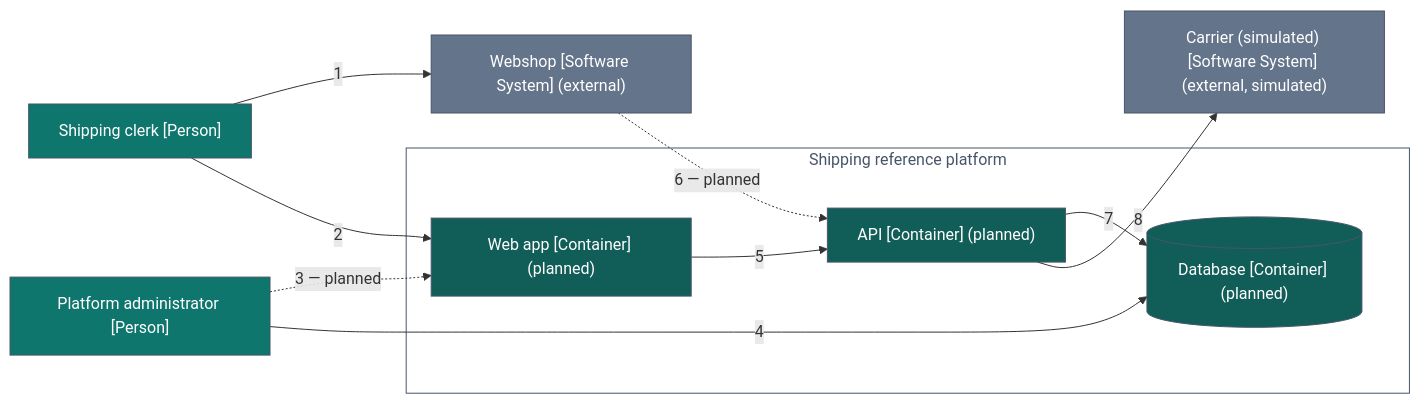
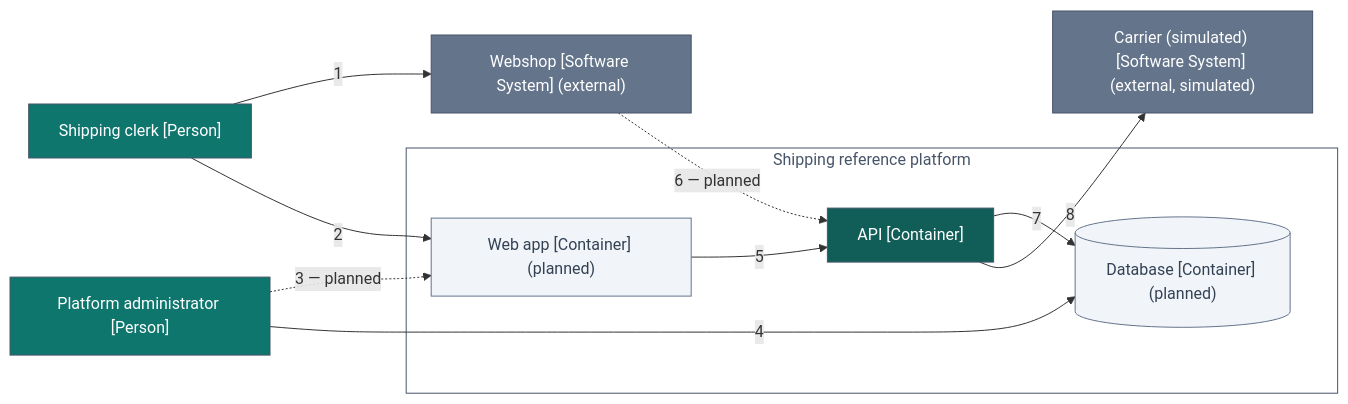
Before and after one commit to Stig-Johnny/shipping-reference-platform: the diagram in docs/architecture/containers.mmd, drawn with Mermaid. The commit also changed 102 other files, not shown here.

```diff
--- a/docs/architecture/containers.mmd
+++ b/docs/architecture/containers.mmd
@@ -1,29 +1,29 @@
 %% Generated—do not hand-edit. Source: architecture/workspace.dsl, view Containers.
 flowchart LR
     accTitle: Containers
     accDescr: Container view with 7 elements and 8 relationships. The tables on the page list every one of them.
     1["Shipping clerk [Person]"]
     style 1 fill:#0f766e,stroke:#475569,color:#ffffff
     2["Platform administrator [Person]"]
     style 2 fill:#0f766e,stroke:#475569,color:#ffffff
     3["Webshop [Software System] (external)"]
     style 3 fill:#64748b,stroke:#475569,color:#ffffff
     4["Carrier (simulated) [Software System] (external, simulated)"]
     style 4 fill:#64748b,stroke:#475569,color:#ffffff
     subgraph 5 ["Shipping reference platform"]
         style 5 fill:#ffffff,stroke:#475569,color:#475569
         15[("Database [Container] (planned)")]
-        style 15 fill:#115e59,stroke:#475569,color:#ffffff
+        style 15 fill:#f1f5f9,stroke:#64748b,color:#334155
         6["Web app [Container] (planned)"]
-        style 6 fill:#115e59,stroke:#475569,color:#ffffff
-        7["API [Container] (planned)"]
+        style 6 fill:#f1f5f9,stroke:#64748b,color:#334155
+        7["API [Container]"]
         style 7 fill:#115e59,stroke:#475569,color:#ffffff
     end
     1 -->|"1"| 3
     1 -->|"2"| 6
     2 -.->|"3 — planned"| 6
     2 -->|"4"| 15
     6 -->|"5"| 7
     3 -.->|"6 — planned"| 7
     7 -->|"7"| 15
     7 -->|"8"| 4
```
